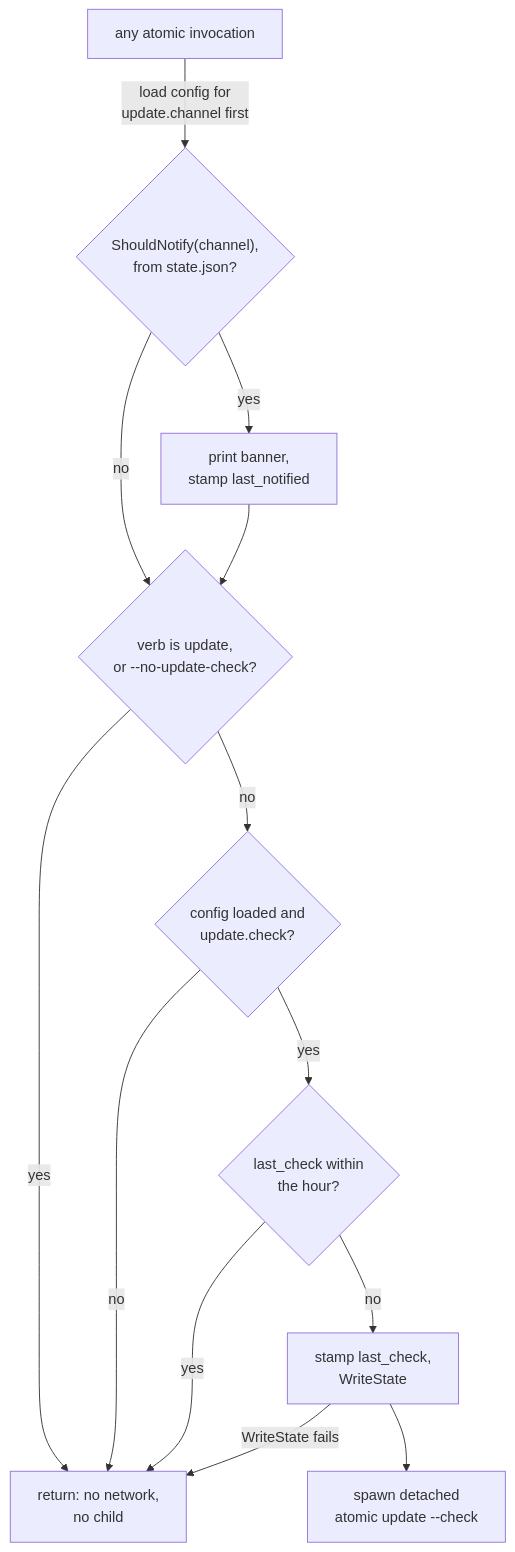
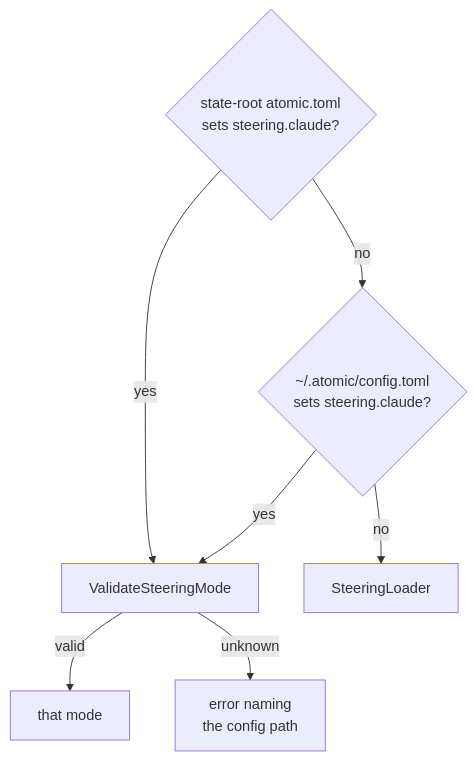
One commit to damusix/atomic-claude changed the seventh of 12 diagrams in docs/wiki/config.md. Above: the diagram before and after it, drawn with Mermaid. The commit also changed other lines of this file and 795 other files, not shown here.

First line of the commit message:
feat!: run Atomic on Claude Code, OMP, and Codex

````diff
--- a/docs/wiki/config.md
+++ b/docs/wiki/config.md
@@ -236,15 +195,10 @@
 ```mermaid
 flowchart TD
-    A["any atomic invocation"] -->|"load config for<br/>update.channel first"| B{"ShouldNotify(channel),<br/>from state.json?"}
-    B -->|yes| BN["print banner,<br/>stamp last_notified"]
-    B -->|no| G1
-    BN --> G1{"verb is update,<br/>or --no-update-check?"}
-    G1 -->|yes| R["return: no network,<br/>no child"]
-    G1 -->|no| G2{"config loaded and<br/>update.check?"}
-    G2 -->|no| R
-    G2 -->|yes| G3{"last_check within<br/>the hour?"}
-    G3 -->|yes| R
-    G3 -->|no| ST["stamp last_check,<br/>WriteState"]
-    ST -->|"WriteState fails"| R
-    ST --> SP["spawn detached<br/>atomic update --check"]
+    %% source: atomic/internal/config/repo.go (ResolveSteeringMode, ValidateSteeringMode); atomic/internal/bundlespec/bundlespec.go
+    R{"state-root atomic.toml<br/>sets steering.claude?"} -->|yes| V["ValidateSteeringMode"]
+    R -->|no| U{"~/.atomic/config.toml<br/>sets steering.claude?"}
+    U -->|yes| V
+    U -->|no| L["SteeringLoader"]
+    V -->|valid| M["that mode"]
+    V -->|unknown| ERR["error naming<br/>the config path"]
 ```
````
